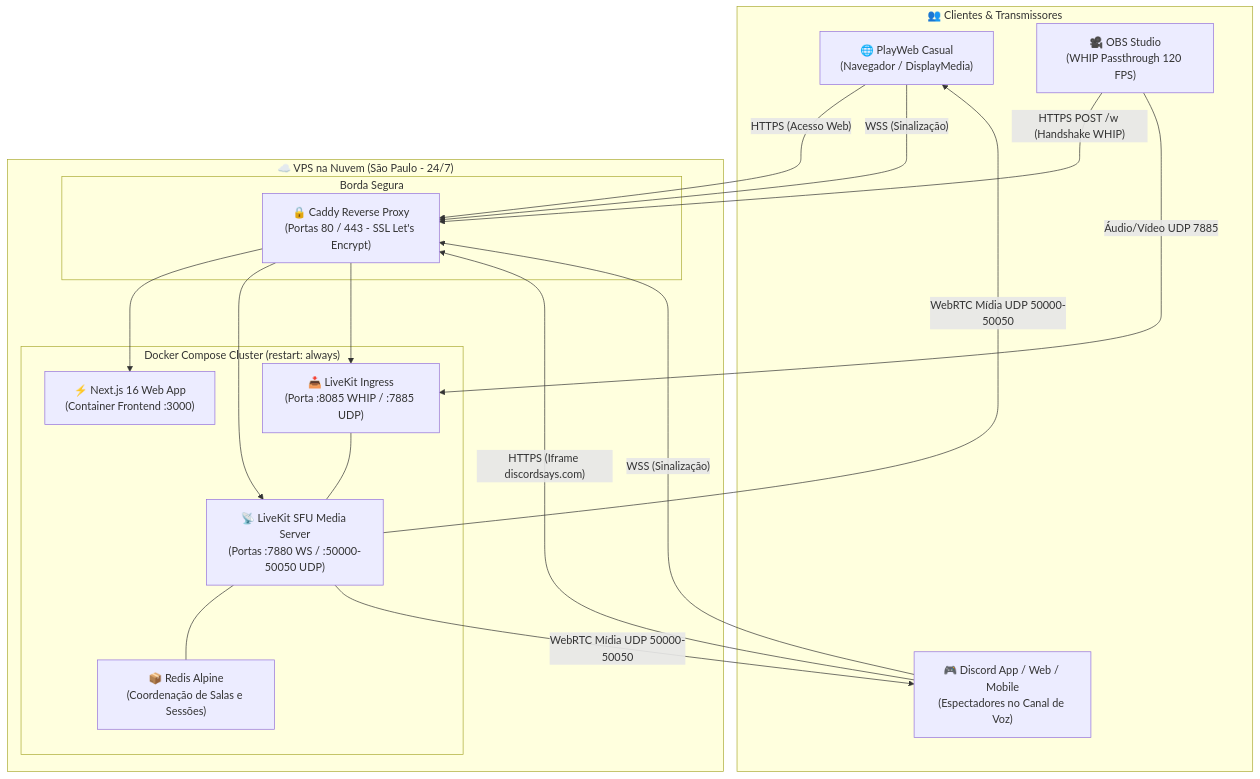
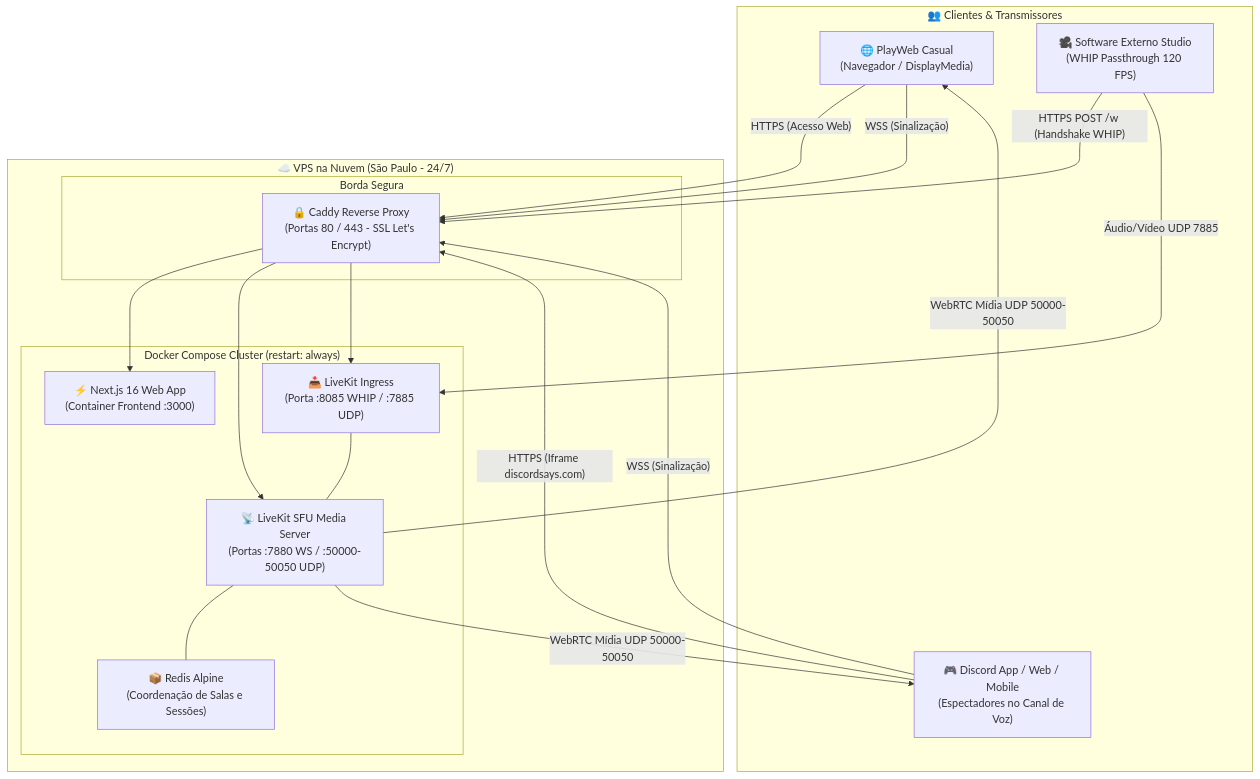
Before and after one commit to kr3mega/ecolive-discord-streaming: the diagram in README.md, drawn with Mermaid. The commit also changed other lines of this file and 3 other files, not shown here.

````diff
--- a/README.md
+++ b/README.md
@@ -39,39 +39,39 @@
 ```mermaid
 flowchart TD
     subgraph Clients ["👥 Clientes & Transmissores"]
         WebUser["🌐 PlayWeb Casual\n(Navegador / DisplayMedia)"]
-        ObsUser["🎥 OBS Studio\n(WHIP Passthrough 120 FPS)"]
+        ObsUser["🎥 Software Externo Studio\n(WHIP Passthrough 120 FPS)"]
         DiscordUser["🎮 Discord App / Web / Mobile\n(Espectadores no Canal de Voz)"]
     end
 
     subgraph VPS ["☁️ VPS na Nuvem (São Paulo - 24/7)"]
         subgraph Edge ["Borda Segura"]
             Caddy["🔒 Caddy Reverse Proxy\n(Portas 80 / 443 - SSL Let's Encrypt)"]
         end
 
         subgraph DockerStack ["Docker Compose Cluster (restart: always)"]
             Frontend["⚡ Next.js 16 Web App\n(Container Frontend :3000)"]
             LiveKit["📡 LiveKit SFU Media Server\n(Portas :7880 WS / :50000-50050 UDP)"]
             Ingress["📥 LiveKit Ingress\n(Porta :8085 WHIP / :7885 UDP)"]
             Redis["📦 Redis Alpine\n(Coordenação de Salas e Sessões)"]
         end
     end
 
     WebUser -->|"HTTPS (Acesso Web)"| Caddy
     DiscordUser -->|"HTTPS (Iframe discordsays.com)"| Caddy
     Caddy --> Frontend
 
     WebUser -->|"WSS (Sinalização)"| Caddy
     DiscordUser -->|"WSS (Sinalização)"| Caddy
     Caddy --> LiveKit
 
     ObsUser -->|"HTTPS POST /w (Handshake WHIP)"| Caddy
     Caddy --> Ingress
 
     ObsUser -->|"Áudio/Vídeo UDP 7885"| Ingress
     Ingress --- LiveKit
     LiveKit --- Redis
 
     LiveKit -->|"WebRTC Mídia UDP 50000-50050"| WebUser
     LiveKit -->|"WebRTC Mídia UDP 50000-50050"| DiscordUser
 ```
````
